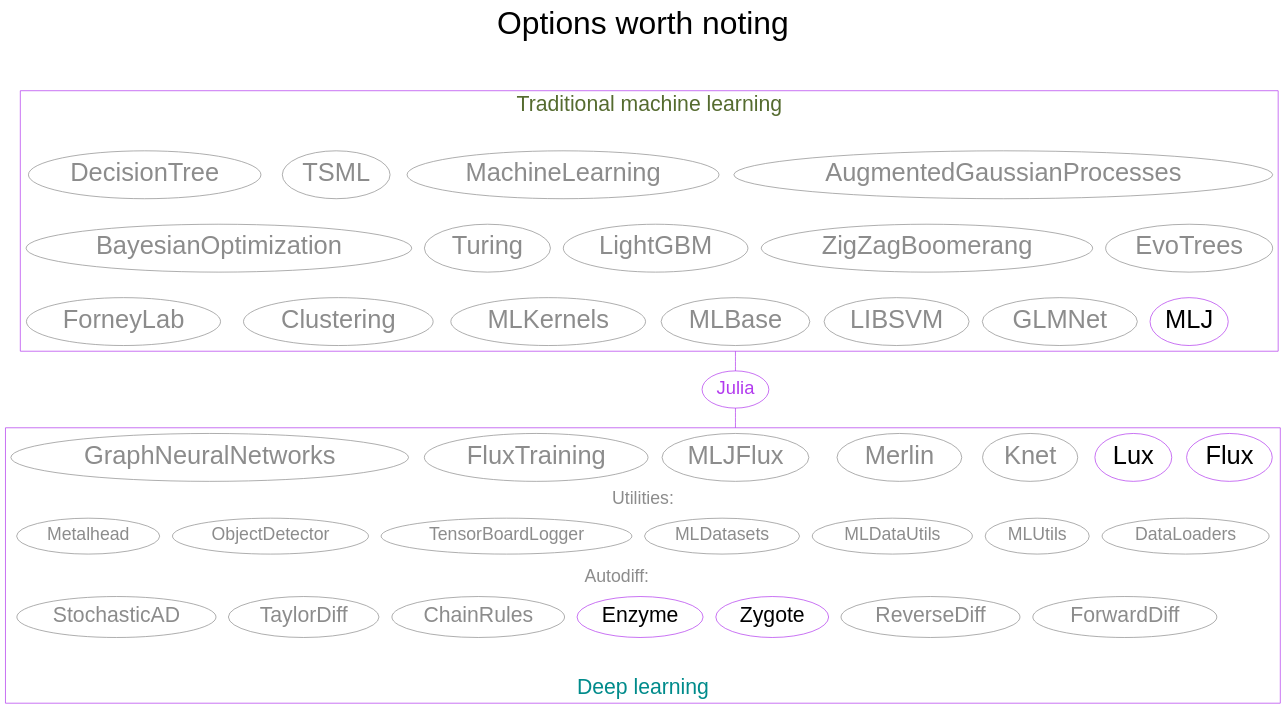
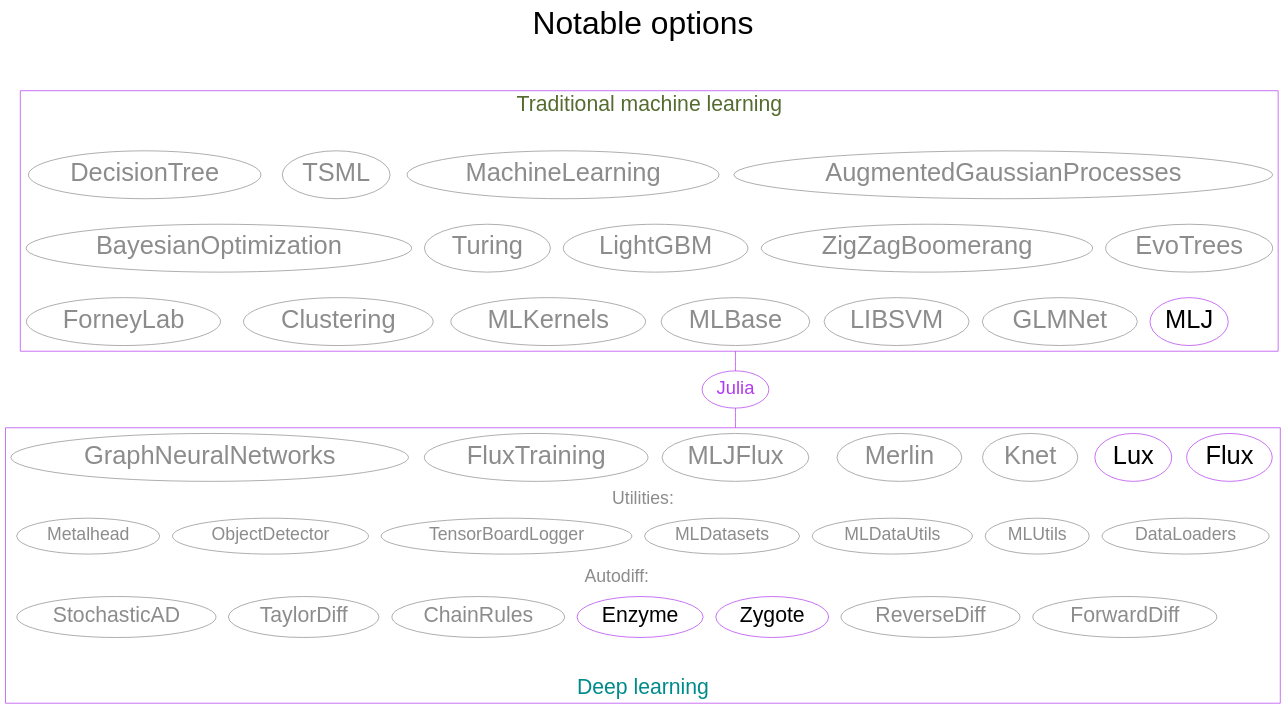
One commit to WestDRI/arc-training changed diagram 13 of 23 in ml/frameworks_slides.qmd. Above: the diagram before and after it, drawn with Graphviz. The commit also changed other lines of this file, not shown here.

````diff
--- a/ml/frameworks_slides.qmd
+++ b/ml/frameworks_slides.qmd
@@ -551,82 +691,82 @@
 ```{dot}
 //| echo: false
 
 strict graph {
 
-  label="Options worth noting\n\n"
+  label="Notable options\n\n"
   labelloc=t
   fontsize=45
 
   bgcolor="transparent"
   graph [fontname="Inconsolata, sans-serif"]
   node [fontname="Inconsolata, sans-serif", color=gray55, fontcolor=gray55]
   compound=true
   
   subgraph cluster_ml {
 	label="Traditional machine learning\n\n"
 	color=darkorchid2
 	fontcolor=darkolivegreen
 	fontsize=30
 	edge [style=invis]
 	node [fontsize=36]
 	{rank=same; AugmentedGaussianProcesses MachineLearning TSML DecisionTree}
 	{rank=same; EvoTrees ZigZagBoomerang LightGBM Turing BayesianOptimization}
 	{rank=same; MLJ GLMNet LIBSVM MLBase MLKernels Clustering ForneyLab}
 	AugmentedGaussianProcesses -- EvoTrees -- MLJ
   }
 
   subgraph cluster_dl {	
 	label="\nDeep learning"
 	color=darkorchid2
 	fontcolor=darkcyan
 	fontsize=30
 	labelloc=b
 	edge [style=invis]
 	node [fontsize=36]
 	Flux Lux Knet Merlin MLJFlux FluxTraining GraphNeuralNetworks
 	subgraph cluster_utilities {
 	  peripheries=0
 	  fontsize=25
 	  label="Utilities:"
 	  labelloc=t
 	  fontcolor=gray55
 	  node [fontsize=25]
 	  DataLoaders MLUtils MLDataUtils MLDatasets TensorBoardLogger ObjectDetector Metalhead
 	}
 	subgraph cluster_autodiff {
 	  peripheries=0
 	  fontsize=25
 	  label="Autodiff:"
 	  labelloc=t
 	  fontcolor=gray55
 	  node [fontsize=30]
 	  ForwardDiff ReverseDiff Zygote Enzyme ChainRules TaylorDiff StochasticAD
 	}
 	GraphNeuralNetworks -- Metalhead
 	Metalhead -- StochasticAD
   }
 
   Flux [color=darkorchid2, fontcolor=black, URL="https://github.com/FluxML/Flux.jl"]
   Lux [color=darkorchid2, fontcolor=black, URL="https://github.com/LuxDL/"]
   Knet [URL="https://github.com/denizyuret/Knet.jl"]
   Merlin [URL=""]
   MLJFlux [URL=""]
   FluxTraining [URL=""]
   GraphNeuralNetworks [URL=""]
   MLJ [color=darkorchid2, fontcolor=black, URL="https://github.com/alan-turing-institute/MLJ.jl"]
   Turing [URL="https://github.com/TuringLang/Turing.jl"]
   ForwardDiff [URL="https://github.com/JuliaDiff/ForwardDiff.jl"]
   ReverseDiff [URL="https://github.com/JuliaDiff/ReverseDiff.jl"]
   Zygote [color=darkorchid2, fontcolor=black, URL="https://github.com/FluxML/Zygote.jl"]
   Enzyme [color=darkorchid2, fontcolor=black, URL="https://github.com/EnzymeAD/Enzyme.jl"]
   ChainRules [URL="https://github.com/JuliaDiff/ChainRules.jl"]
   TaylorDiff [URL="https://github.com/JuliaDiff/TaylorDiff.jl"]
   StochasticAD [URL="https://github.com/gaurav-arya/StochasticAD.jl"]
 
   Julia [fontsize=26, color=darkorchid2, fontcolor=darkorchid2, URL="https://julialang.org/"]
 
   MLBase -- Julia [ltail=cluster_ml, color=darkorchid2]
   Julia -- MLJFlux [lhead=cluster_dl, color=darkorchid2]
   
 }
 ```
````
